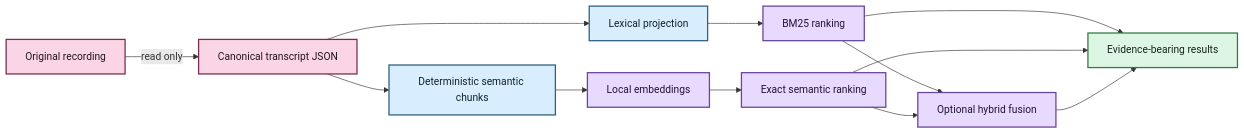
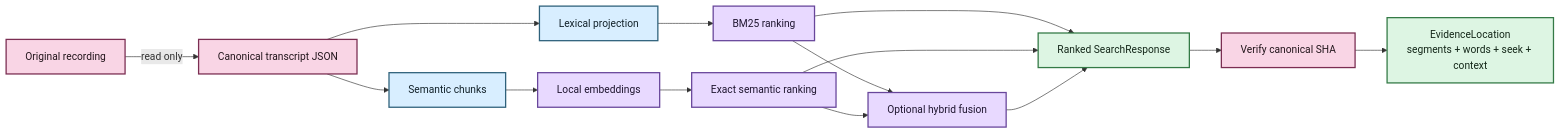
One commit to SSD1805/EchoFlow changed the first of 3 diagrams in docs/architecture/corpus-search.md. Above: the diagram before and after it, drawn with Mermaid. The commit also changed other lines of this file, not shown here.

Commit message:
Document aligned evidence navigation architecture

````diff
--- a/docs/architecture/corpus-search.md
+++ b/docs/architecture/corpus-search.md
@@ -27,24 +27,26 @@
 ```mermaid
 flowchart LR
     A[Original recording] -->|read only| B[Canonical transcript JSON]
     B --> C[Lexical projection]
-    B --> D[Deterministic semantic chunks]
+    B --> D[Semantic chunks]
     C --> E[BM25 ranking]
     D --> F[Local embeddings]
     F --> G[Exact semantic ranking]
     E --> H[Optional hybrid fusion]
     G --> H
-    E --> I[Evidence-bearing results]
+    E --> I[Ranked SearchResponse]
     G --> I
     H --> I
+    I --> V[Verify canonical SHA]
+    V --> N[EvidenceLocation\nsegments + words + seek + context]
 
     classDef evidence fill:#F9D5E5,stroke:#7B2E52,stroke-width:2px,color:#22151B
     classDef derived fill:#D8EEFF,stroke:#2E617B,stroke-width:2px,color:#12222A
     classDef process fill:#E8D9FF,stroke:#68469B,stroke-width:2px,color:#1F1630
     classDef result fill:#DDF5E3,stroke:#347A46,stroke-width:2px,color:#142719
 
-    class A,B evidence
+    class A,B,V evidence
     class C,D derived
     class E,F,G,H process
-    class I result
+    class I,N result
 ```
````
